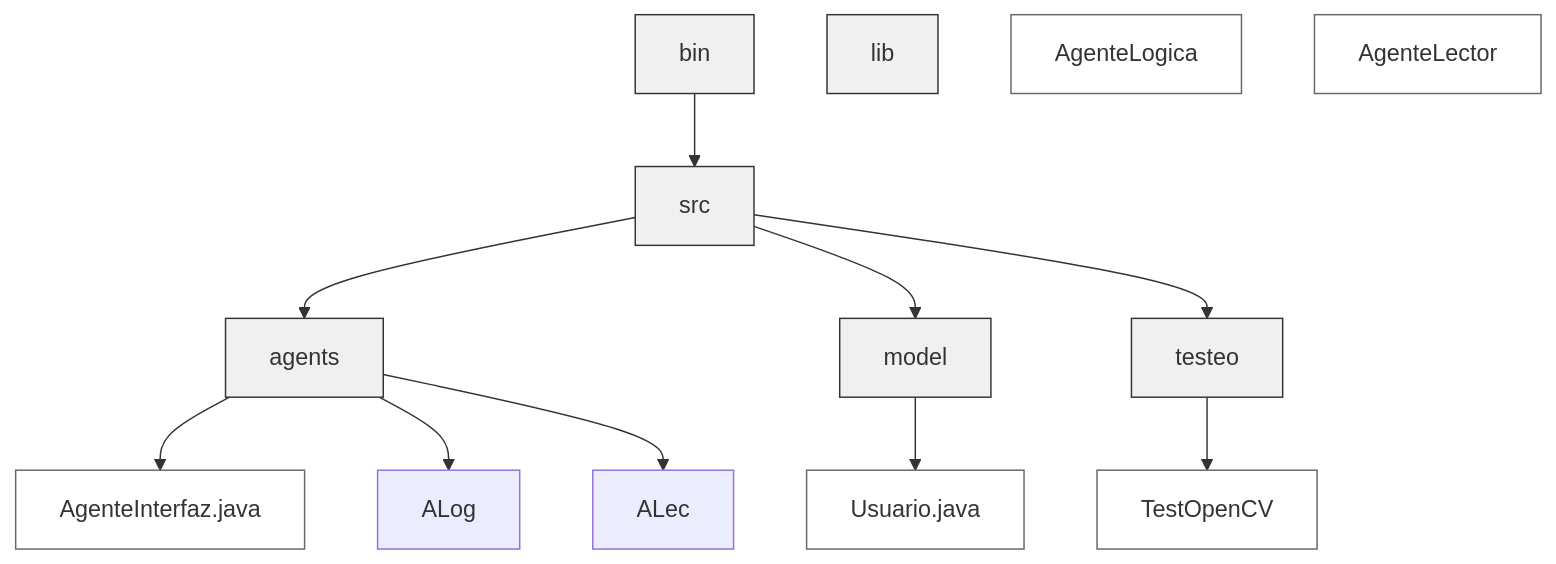
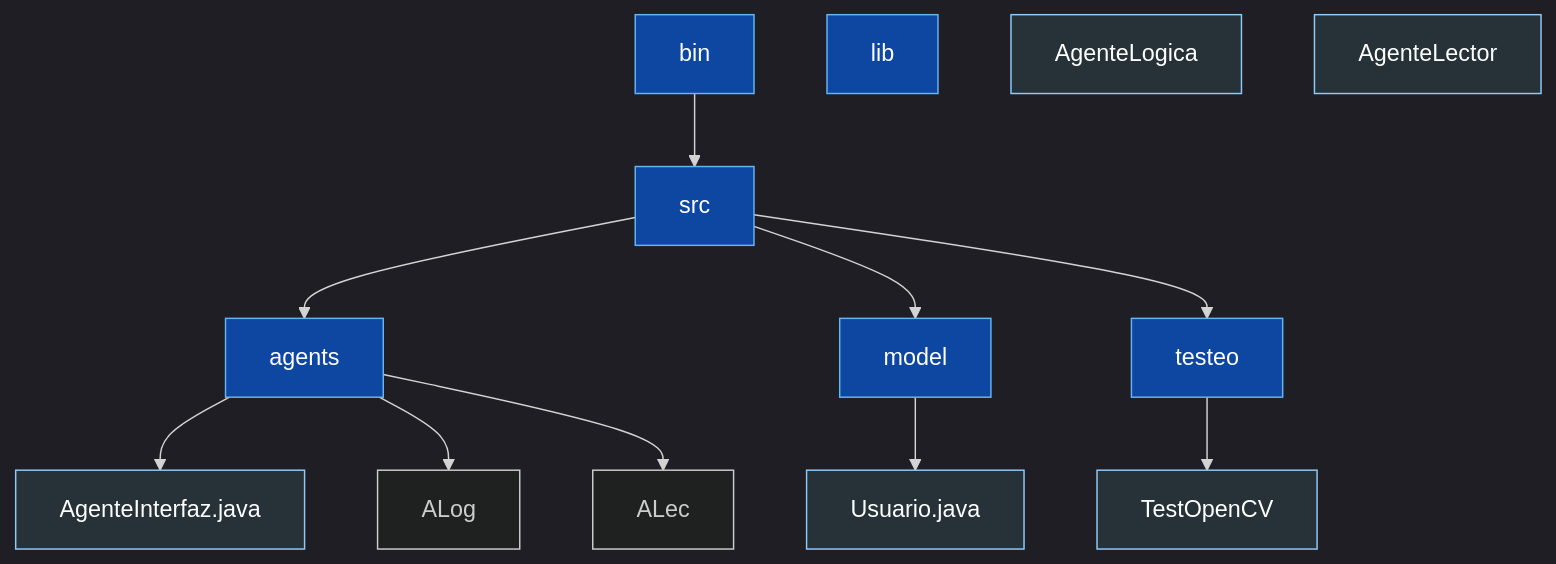
The diagram in README.md (ivanadd/ssii-proyecto-upm), drawn with Mermaid before and after one commit.

Commit message:
[README] Corregidos colores

````diff
--- a/README.md
+++ b/README.md
@@ -50,34 +50,36 @@
 ```mermaid
+%%{init: {'theme':'dark'}}%%
+
 graph TD
     %% Definición de estilos para los nodos
-    classDef folder fill:#f0f0f0,stroke:#333,stroke-width:1px;
-    classDef file fill:#fff,stroke:#666,stroke-width:1px;
+    classDef folder fill:#0d47a1,stroke:#64b5f6,stroke-width:1px,color:#ffffff;
+    classDef file fill:#263238,stroke:#90caf9,stroke-width:1px,color:#ffffff;
 
     %% Nodos principales (Carpetas)
     bin[bin]:::folder
     lib[lib]:::folder
     src[src]:::folder
     agents[agents]:::folder
     model[model]:::folder
     testeo[testeo]:::folder
 
     %% Nodos específicos (Archivos)
     AI[AgenteInterfaz.java]:::file
     AL[AgenteLogica]:::file
     AR[AgenteLector]:::file
     U[Usuario.java]:::file
     TO[TestOpenCV]:::file
 
     %% Relaciones de jerarquía
     bin --> src
     src --> agents
     src --> model
     src --> testeo
 
     %% Relaciones de archivos
     agents --> AI
     agents --> ALog
     agents --> ALec
     model --> U
     testeo --> TO
 ```
````
